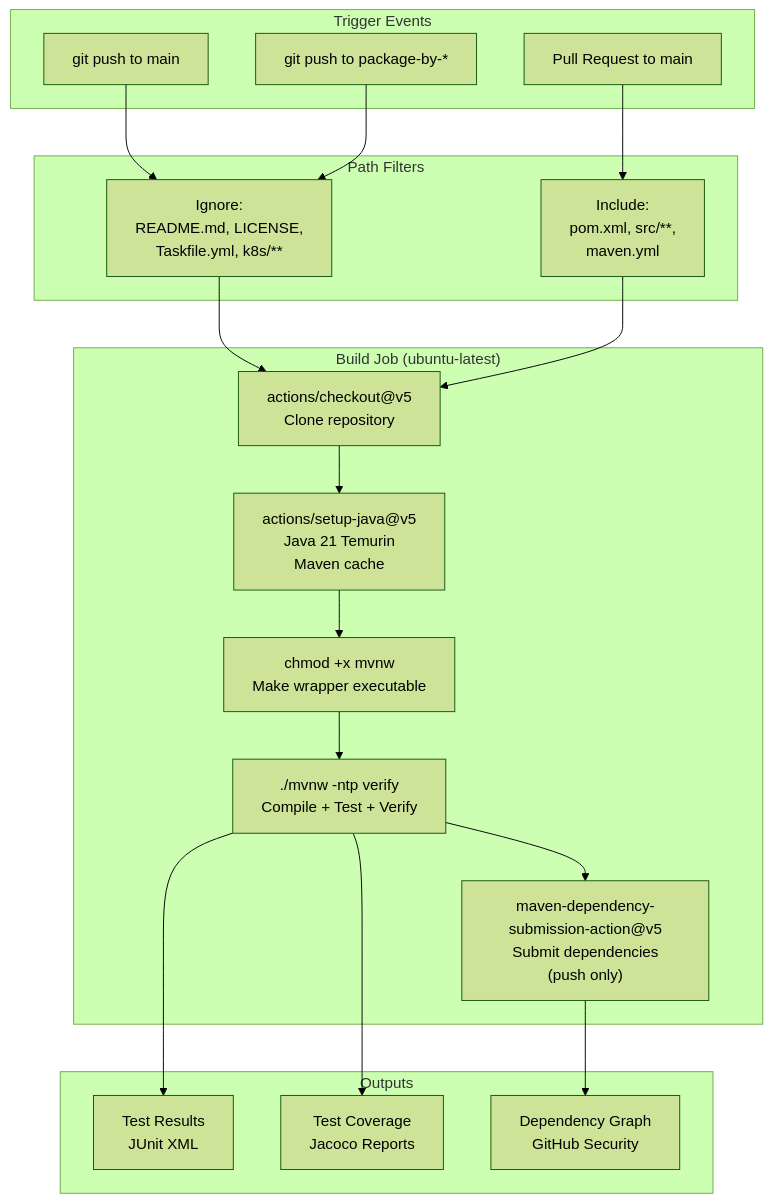
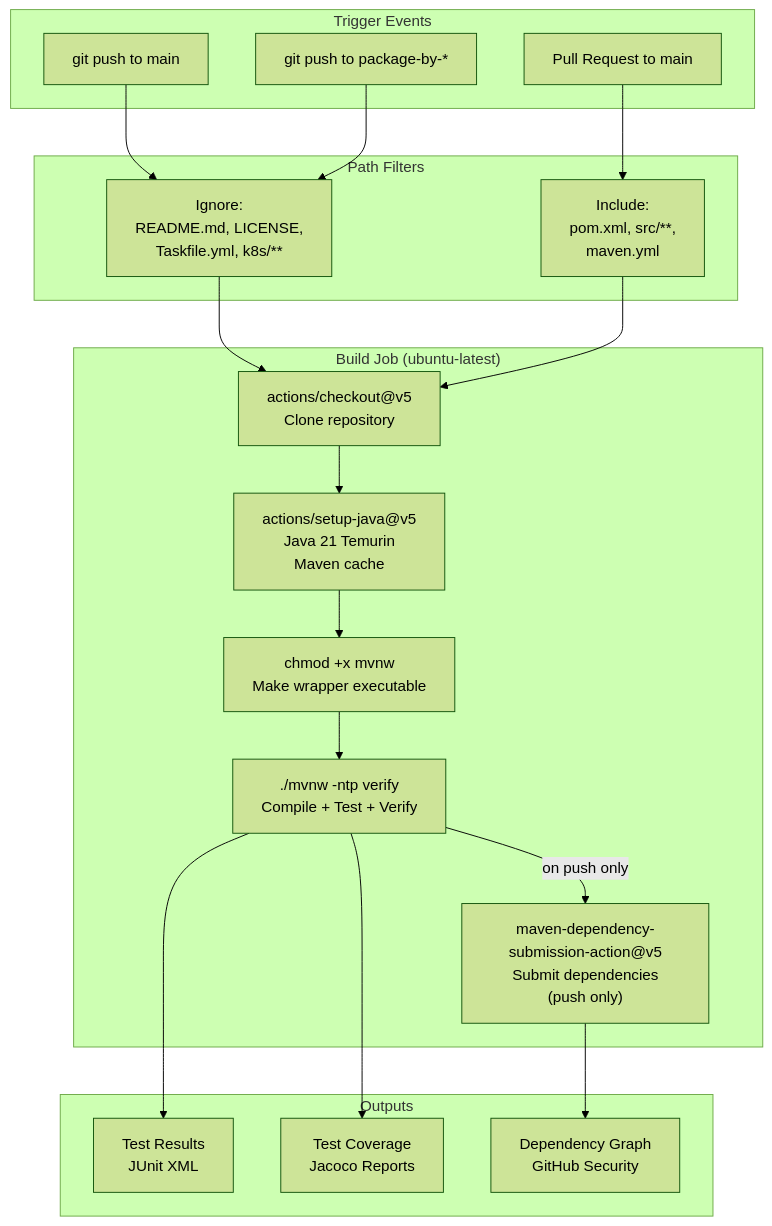
The fourth of 4 diagrams in docs/deepwiki/Development-Guide.md (philipz/spring-modular-monolith), drawn with Mermaid (forest theme) before and after one commit. The commit also changed other lines of this file and 55 other files, not shown here.

````diff
--- a/docs/deepwiki/Development-Guide.md
+++ b/docs/deepwiki/Development-Guide.md
@@ -329,55 +329,55 @@
 ```mermaid
 flowchart TD
 
 PushMain["git push to main"]
 PushFeature["git push to package-by-*"]
 PullRequest["Pull Request to main"]
 IgnoreDocs["Ignore:<br>README.md, LICENSE,<br>Taskfile.yml, k8s/**"]
 IncludeSrc["Include:<br>pom.xml, src/**,<br>maven.yml"]
 Checkout["actions/checkout@v5<br>Clone repository"]
 SetupJava["actions/setup-java@v5<br>Java 21 Temurin<br>Maven cache"]
 MakeExec["chmod +x mvnw<br>Make wrapper executable"]
 Build["./mvnw -ntp verify<br>Compile + Test + Verify"]
 DepSnap["maven-dependency-submission-action@v5<br>Submit dependencies<br>(push only)"]
 TestResults["Test Results<br>JUnit XML"]
 Coverage["Test Coverage<br>Jacoco Reports"]
 SecurityScan["Dependency Graph<br>GitHub Security"]
 
 PushMain --> IgnoreDocs
 PushFeature --> IgnoreDocs
 PullRequest --> IncludeSrc
 IgnoreDocs --> Checkout
 IncludeSrc --> Checkout
 Build --> TestResults
 Build --> Coverage
 DepSnap --> SecurityScan
 
 subgraph Outputs ["Outputs"]
     TestResults
     Coverage
     SecurityScan
 end
 
 subgraph subGraph2 ["Build Job (ubuntu-latest)"]
     Checkout
     SetupJava
     MakeExec
     Build
     DepSnap
     Checkout --> SetupJava
     SetupJava --> MakeExec
     MakeExec --> Build
-    Build --> DepSnap
+    Build -->|"on push only"| DepSnap
 end
 
 subgraph subGraph1 ["Path Filters"]
     IgnoreDocs
     IncludeSrc
 end
 
 subgraph subGraph0 ["Trigger Events"]
     PushMain
     PushFeature
     PullRequest
 end
 ```
````
